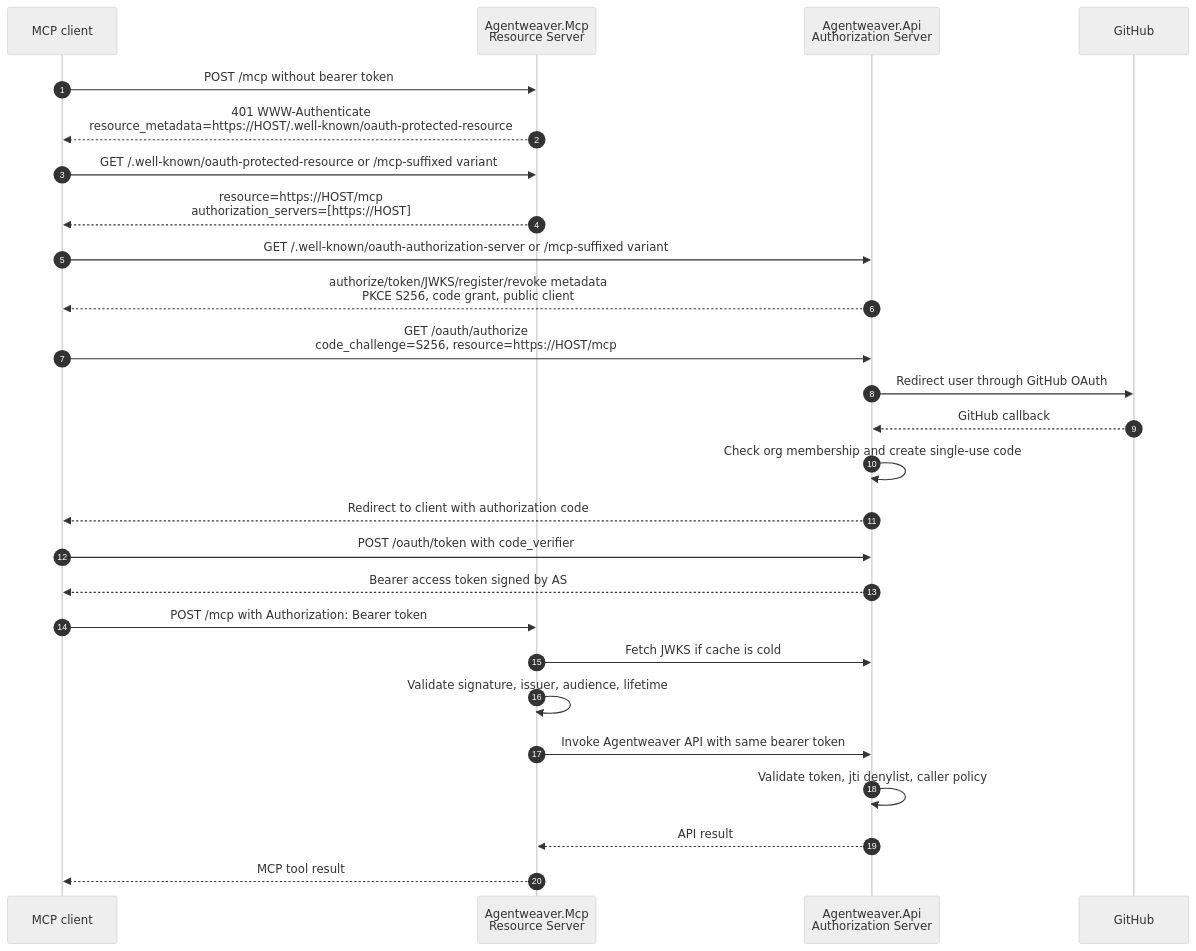
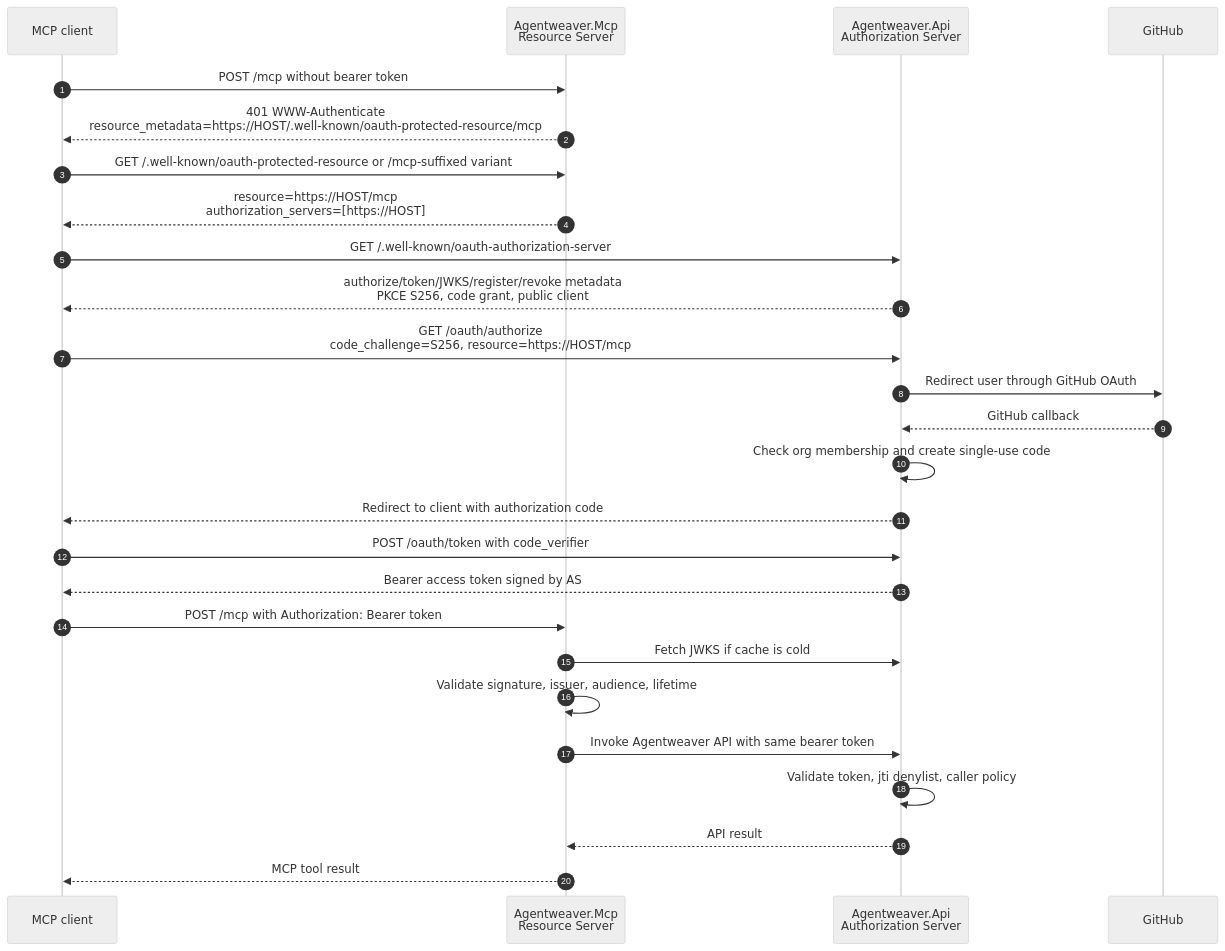
Before and after one commit to sabbour/agentweaver: the diagram in docs/deep-dive/mcp-server.md, drawn with Mermaid (neutral theme). The commit also changed other lines of this file and 42 other files, not shown here.

````diff
--- a/docs/deep-dive/mcp-server.md
+++ b/docs/deep-dive/mcp-server.md
@@ -123,29 +130,29 @@
 ```mermaid
 sequenceDiagram
     autonumber
     participant C as MCP client
     participant RS as Agentweaver.Mcp<br/>Resource Server
     participant AS as Agentweaver.Api<br/>Authorization Server
     participant GH as GitHub
 
     C->>RS: POST /mcp without bearer token
-    RS-->>C: 401 WWW-Authenticate<br/>resource_metadata=https://HOST/.well-known/oauth-protected-resource
+    RS-->>C: 401 WWW-Authenticate<br/>resource_metadata=https://HOST/.well-known/oauth-protected-resource/mcp
     C->>RS: GET /.well-known/oauth-protected-resource or /mcp-suffixed variant
     RS-->>C: resource=https://HOST/mcp<br/>authorization_servers=[https://HOST]
-    C->>AS: GET /.well-known/oauth-authorization-server or /mcp-suffixed variant
+    C->>AS: GET /.well-known/oauth-authorization-server
     AS-->>C: authorize/token/JWKS/register/revoke metadata<br/>PKCE S256, code grant, public client
     C->>AS: GET /oauth/authorize<br/>code_challenge=S256, resource=https://HOST/mcp
     AS->>GH: Redirect user through GitHub OAuth
     GH-->>AS: GitHub callback
     AS->>AS: Check org membership and create single-use code
     AS-->>C: Redirect to client with authorization code
     C->>AS: POST /oauth/token with code_verifier
     AS-->>C: Bearer access token signed by AS
     C->>RS: POST /mcp with Authorization: Bearer token
     RS->>AS: Fetch JWKS if cache is cold
     RS->>RS: Validate signature, issuer, audience, lifetime
     RS->>AS: Invoke Agentweaver API with same bearer token
     AS->>AS: Validate token, jti denylist, caller policy
     AS-->>RS: API result
     RS-->>C: MCP tool result
 ```
````
